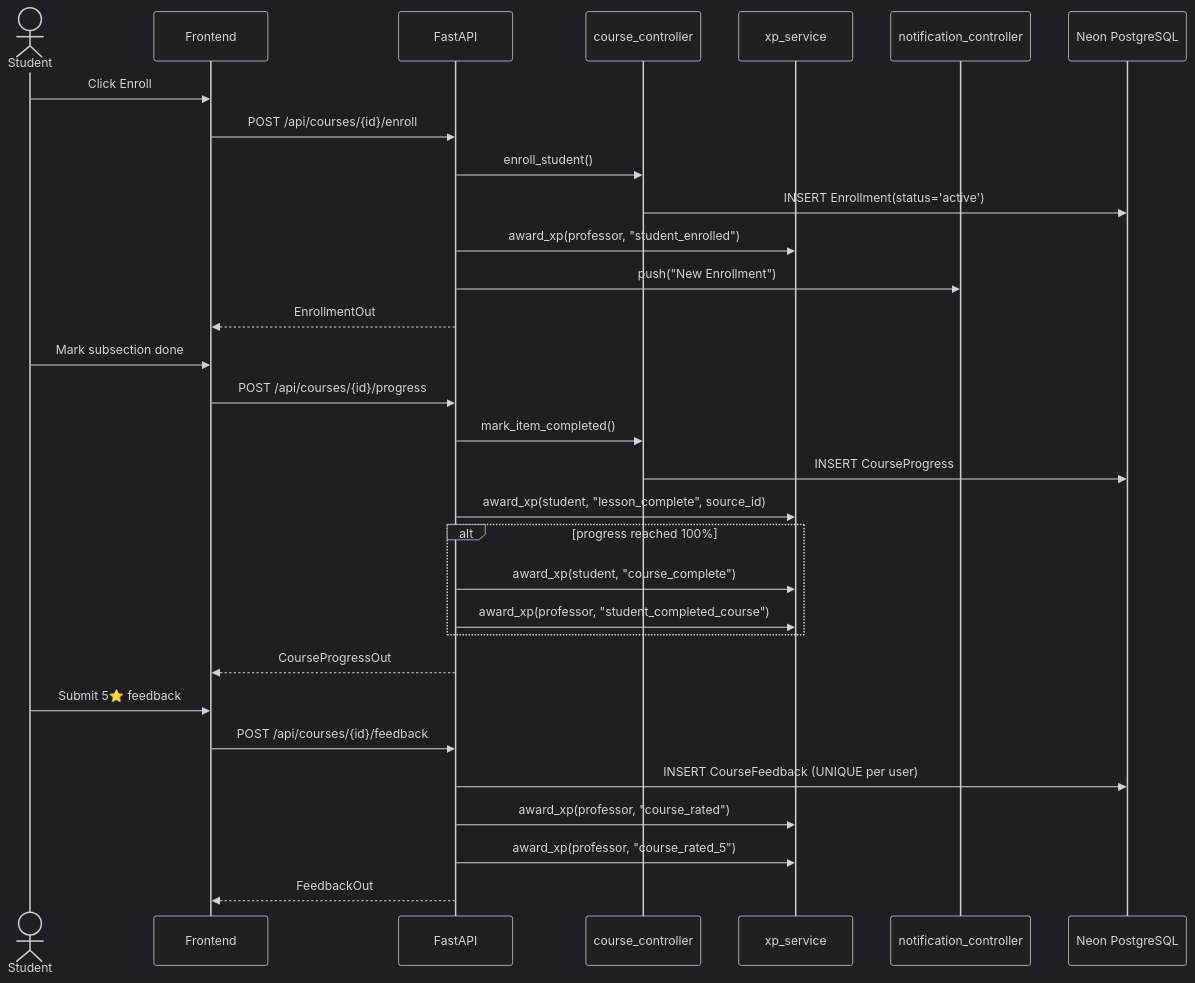
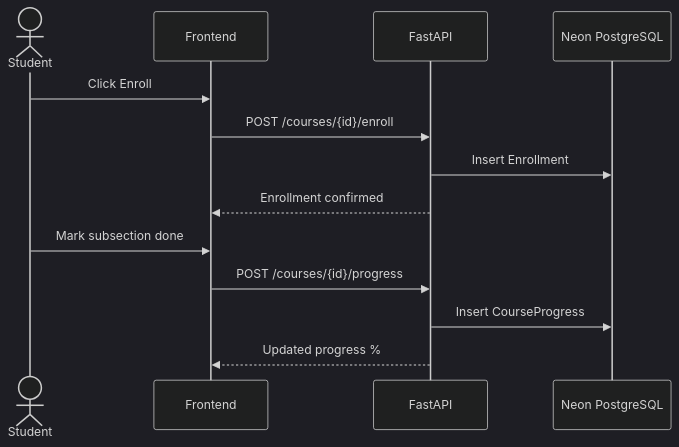
The fourth of 4 diagrams in docs/sprints/SPRINT_2.md (yazidha09/Hub4Learners), drawn with Mermaid (dark theme) before and after one commit. The commit also changed other lines of this file and 14 other files, not shown here.

````diff
--- a/docs/sprints/SPRINT_2.md
+++ b/docs/sprints/SPRINT_2.md
@@ -193,36 +149,17 @@
 ```mermaid
 sequenceDiagram
     actor Student
     participant Frontend
-    participant FastAPI
-    participant CourseCtrl as course_controller
-    participant XP as xp_service
-    participant Notif as notification_controller
+    participant API as FastAPI
     participant DB as Neon PostgreSQL
 
     Student->>Frontend: Click Enroll
-    Frontend->>FastAPI: POST /api/courses/{id}/enroll
-    FastAPI->>CourseCtrl: enroll_student()
-    CourseCtrl->>DB: INSERT Enrollment(status='active')
-    FastAPI->>XP: award_xp(professor, "student_enrolled")
-    FastAPI->>Notif: push("New Enrollment")
-    FastAPI-->>Frontend: EnrollmentOut
+    Frontend->>API: POST /courses/{id}/enroll
+    API->>DB: Insert Enrollment
+    API-->>Frontend: Enrollment confirmed
 
     Student->>Frontend: Mark subsection done
-    Frontend->>FastAPI: POST /api/courses/{id}/progress
-    FastAPI->>CourseCtrl: mark_item_completed()
-    CourseCtrl->>DB: INSERT CourseProgress
-    FastAPI->>XP: award_xp(student, "lesson_complete", source_id)
-    alt progress reached 100%
-        FastAPI->>XP: award_xp(student, "course_complete")
-        FastAPI->>XP: award_xp(professor, "student_completed_course")
-    end
-    FastAPI-->>Frontend: CourseProgressOut
-
-    Student->>Frontend: Submit 5⭐ feedback
-    Frontend->>FastAPI: POST /api/courses/{id}/feedback
-    FastAPI->>DB: INSERT CourseFeedback (UNIQUE per user)
-    FastAPI->>XP: award_xp(professor, "course_rated")
-    FastAPI->>XP: award_xp(professor, "course_rated_5")
-    FastAPI-->>Frontend: FeedbackOut
+    Frontend->>API: POST /courses/{id}/progress
+    API->>DB: Insert CourseProgress
+    API-->>Frontend: Updated progress %
 ```
````
